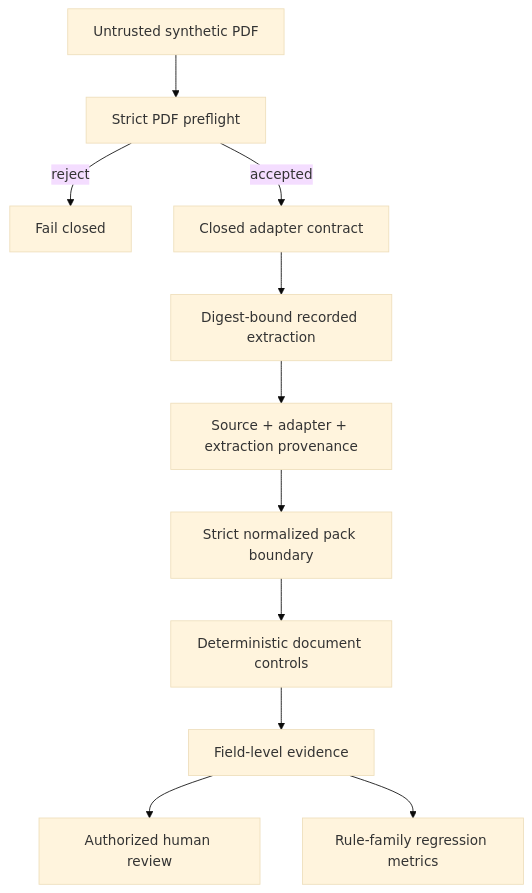
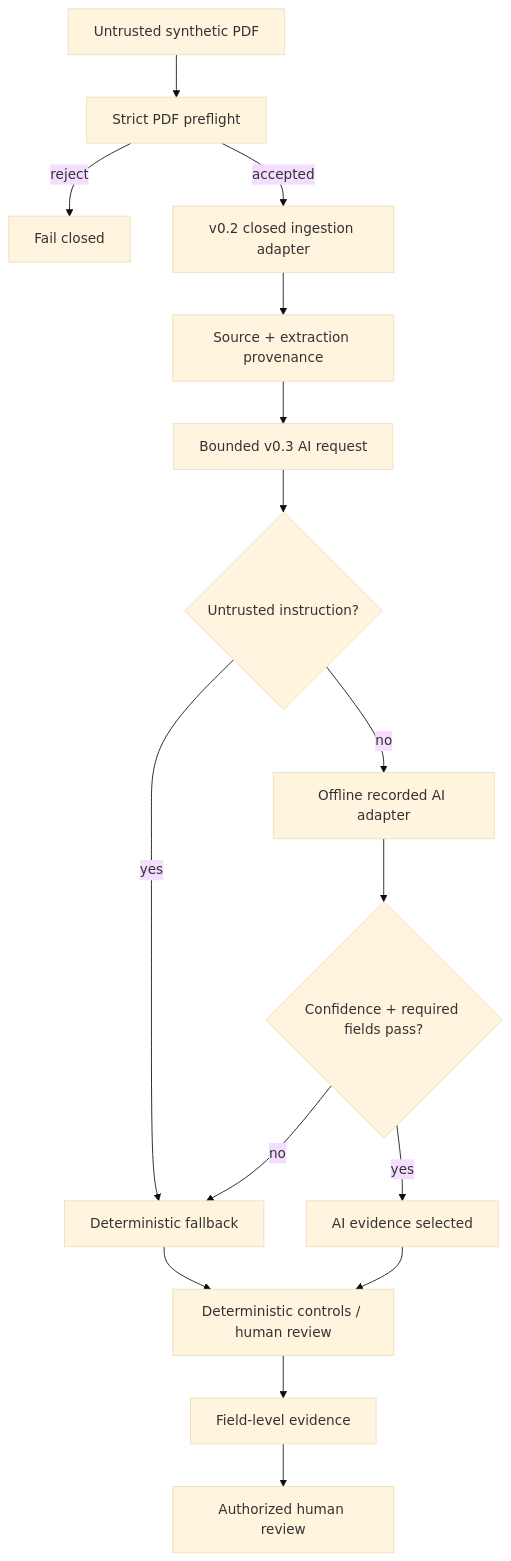
One commit to bilgekayali/structurax changed the diagram in README.md. Above: the diagram before and after it, drawn with Mermaid (base theme). The commit also changed other lines of this file and 27 other files, not shown here.

````diff
--- a/README.md
+++ b/README.md
@@ -27,13 +28,18 @@
 ```mermaid
 flowchart TD
     A["Untrusted synthetic PDF"] --> P["Strict PDF preflight"]
     P -->|reject| X["Fail closed"]
-    P -->|accepted| I["Closed adapter contract"]
-    I --> R["Digest-bound recorded extraction"]
-    R --> V["Source + adapter + extraction provenance"]
-    V --> N["Strict normalized pack boundary"]
-    N --> D["Deterministic document controls"]
+    P -->|accepted| I["v0.2 closed ingestion adapter"]
+    I --> V["Source + extraction provenance"]
+    V --> Q["Bounded v0.3 AI request"]
+    Q --> J{"Untrusted instruction?"}
+    J -->|yes| F["Deterministic fallback"]
+    J -->|no| R["Offline recorded AI adapter"]
+    R --> C{"Confidence + required fields pass?"}
+    C -->|no| F
+    C -->|yes| S["AI evidence selected"]
+    F --> D["Deterministic controls / human review"]
+    S --> D
     D --> E["Field-level evidence"]
     E --> H["Authorized human review"]
-    E --> M["Rule-family regression metrics"]
 ```
````
